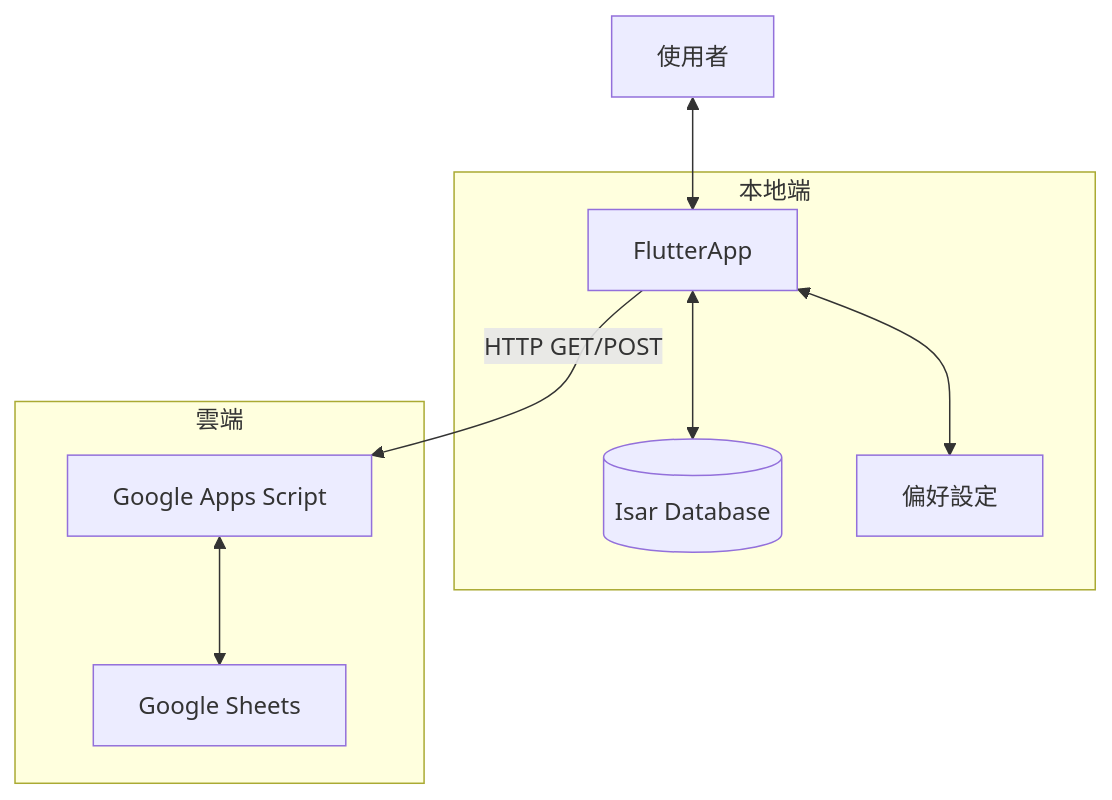
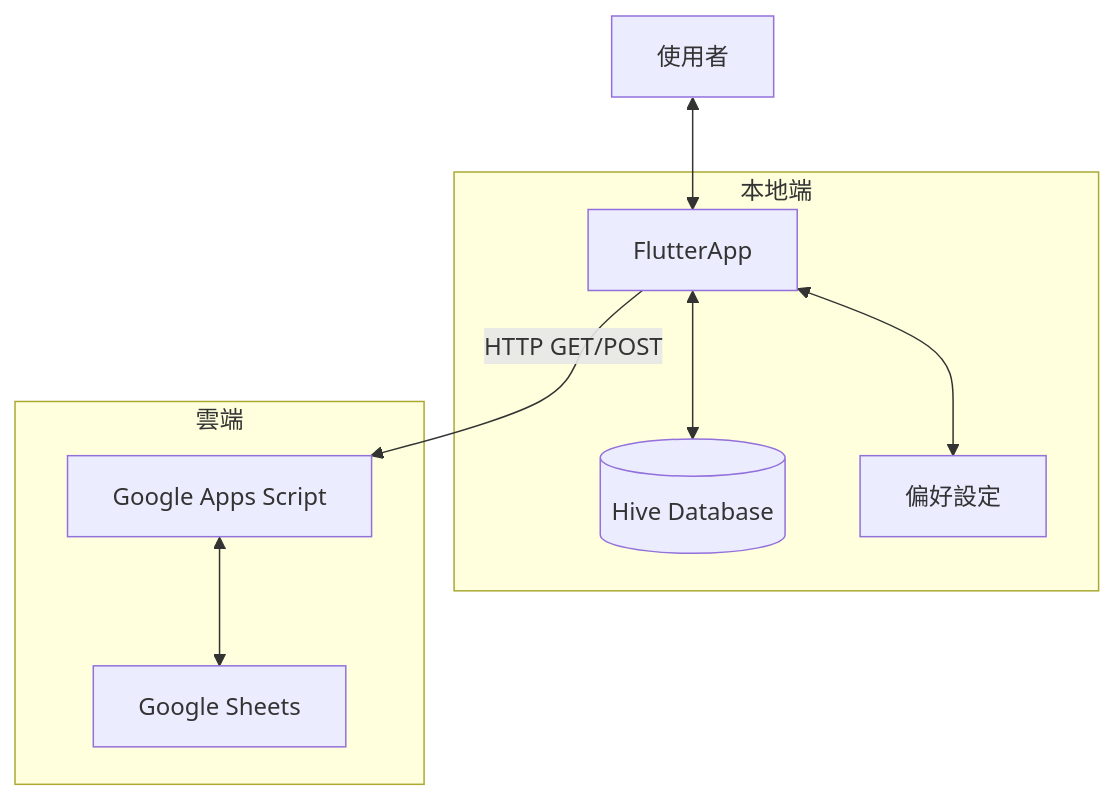
Before and after one commit to dectecx/SummitMate: the diagram in ARCHITECTURE_AND_SCHEMA.md, drawn with Mermaid. The commit also changed other lines of this file and 5 other files, not shown here.

````diff
--- a/ARCHITECTURE_AND_SCHEMA.md
+++ b/ARCHITECTURE_AND_SCHEMA.md
@@ -5,14 +5,14 @@
 ```mermaid
 graph TD
     User[使用者] <--> FlutterApp
 
     subgraph Local [本地端]
-        FlutterApp <--> IsarDB[(Isar Database)]
+        FlutterApp <--> Hive[(Hive Database)]
         FlutterApp <--> SharedPreferences[偏好設定]
     end
 
     subgraph Cloud [雲端]
         FlutterApp -- HTTP GET/POST --> GAS[Google Apps Script]
         GAS <--> GSheets[Google Sheets]
     end
 ```
````
